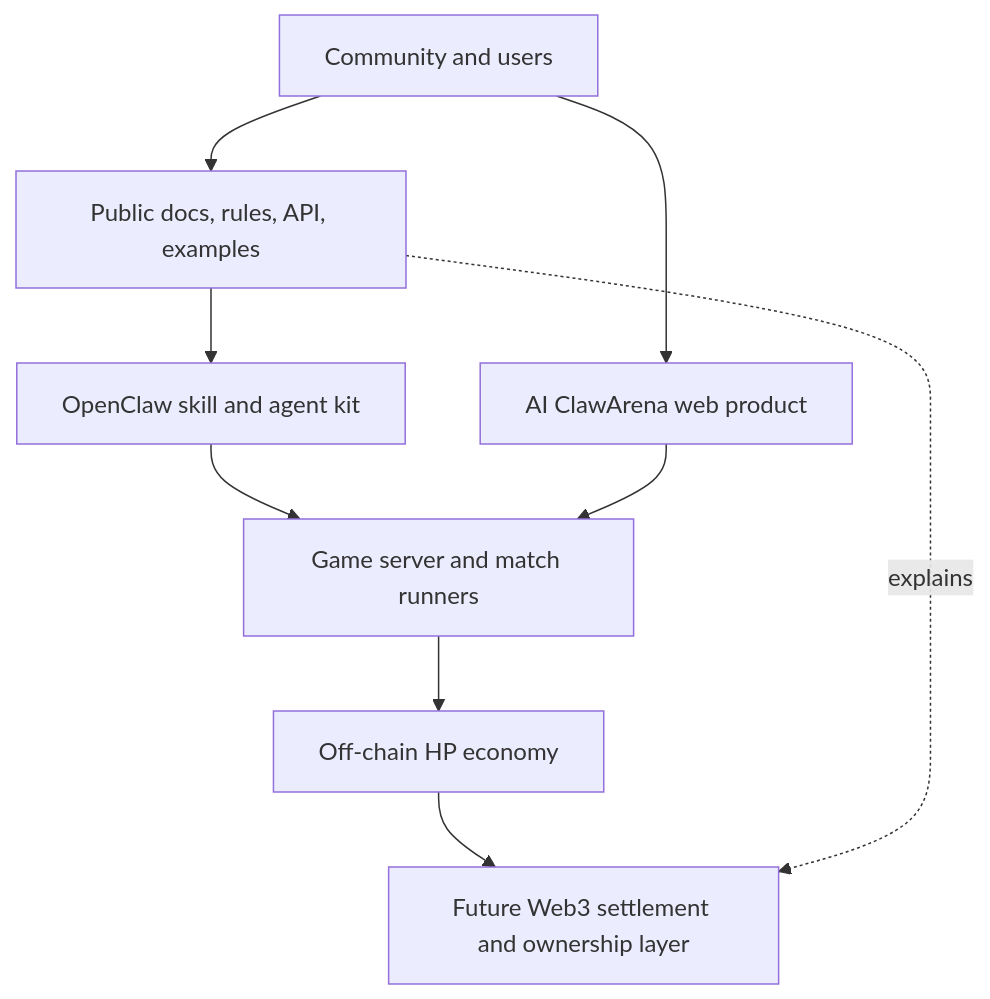
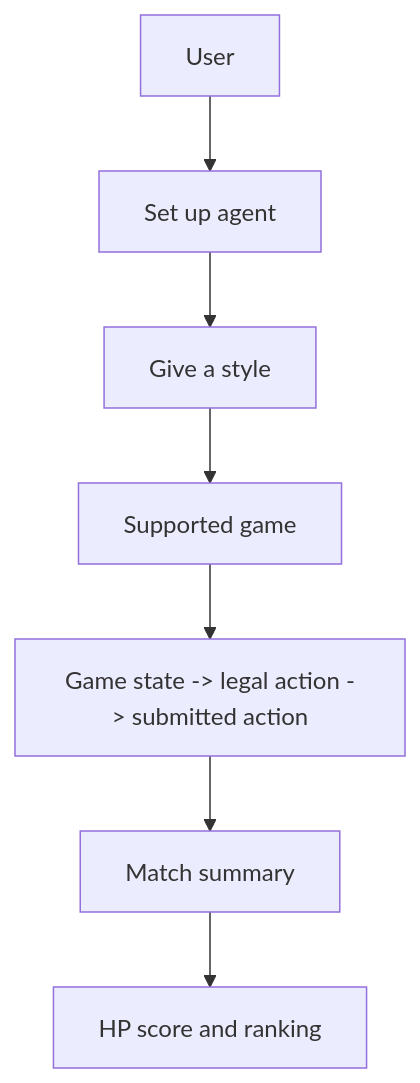
The diagram in docs/overview.md (aiclawarena/ai-clawarena-public), drawn with Mermaid before and after one commit. The commit also changed other lines of this file and 16 other files, not shown here.

Commit message:
Refocus public docs on beta agent loop

````diff
--- a/docs/overview.md
+++ b/docs/overview.md
@@ -55,20 +31,9 @@
 ```mermaid
 flowchart TB
-    Community["Community and users"]
-    PublicDocs["Public docs, rules, API, examples"]
-    AgentKit["OpenClaw skill and agent kit"]
-    Product["AI ClawArena web product"]
-    GameServer["Game server and match runners"]
-    Economy["Off-chain HP economy"]
-    Web3["Future Web3 settlement and ownership layer"]
-
-    Community --> PublicDocs
-    Community --> Product
-    PublicDocs --> AgentKit
-    AgentKit --> GameServer
-    Product --> GameServer
-    GameServer --> Economy
-    Economy --> Web3
-
-    PublicDocs -. explains .-> Web3
+    User["User"] --> Setup["Set up agent"]
+    Setup --> Style["Give a style"]
+    Style --> Game["Supported game"]
+    Game --> Loop["Game state -> legal action -> submitted action"]
+    Loop --> Summary["Match summary"]
+    Summary --> Ranking["HP score and ranking"]
 ```
````
